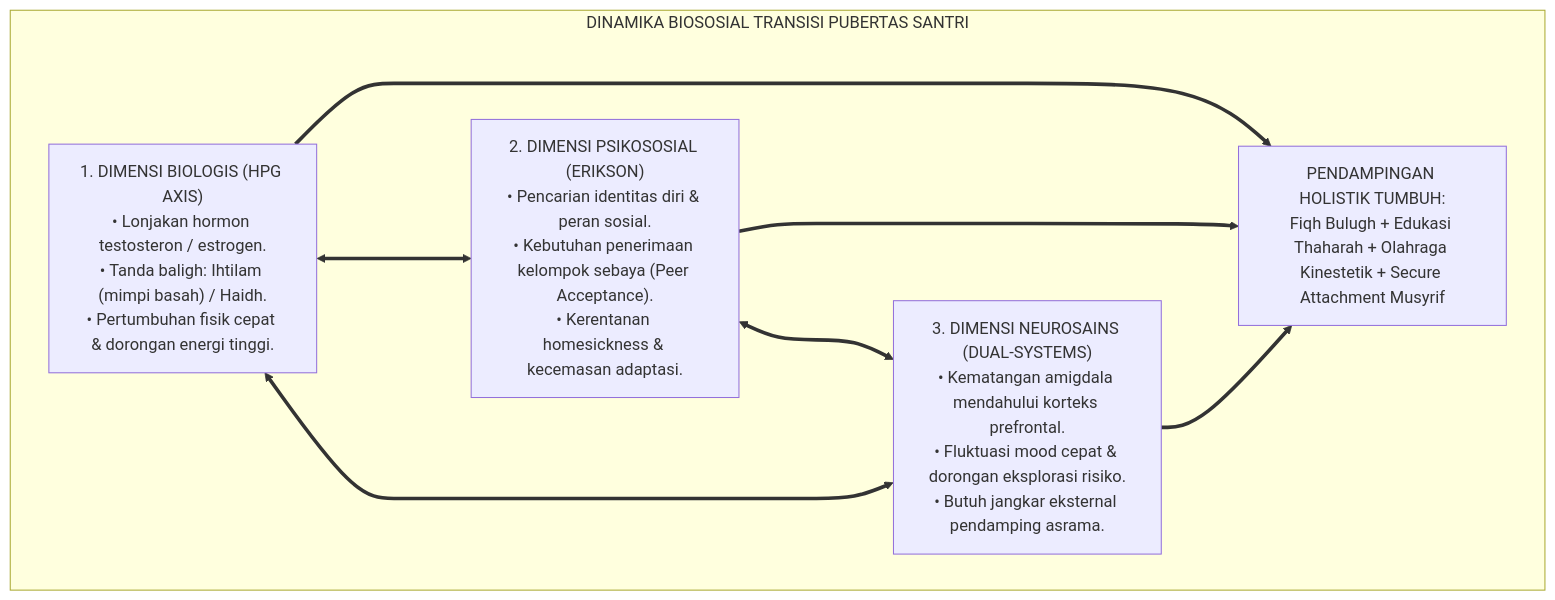
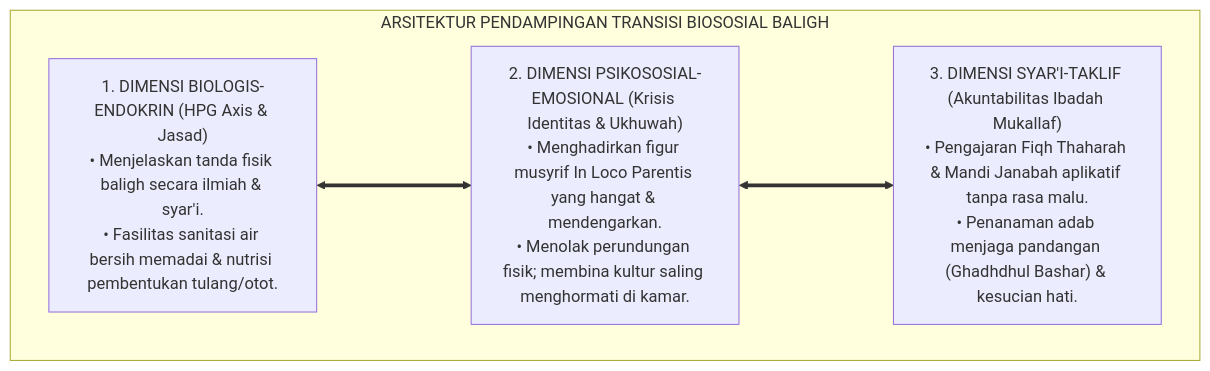
One commit to wandiapriliyandi/tumbuh changed the second of 5 diagrams in 01 Philosophy/03 Human Development/P1-03-05-Krisis-Biososial-dan-Transisi-Pubertas-Santri.md. Above: the diagram before and after it, drawn with Mermaid. The commit also changed other lines of this file and 7 other files, not shown here.

````diff
--- a/01 Philosophy/03 Human Development/P1-03-05-Krisis-Biososial-dan-Transisi-Pubertas-Santri.md
+++ b/01 Philosophy/03 Human Development/P1-03-05-Krisis-Biososial-dan-Transisi-Pubertas-Santri.md
@@ -56,18 +113,13 @@
 ```mermaid
 flowchart TD
-    subgraph DinamikaBiososialPubertasSantri["DINAMIKA BIOSOSIAL TRANSISI PUBERTAS SANTRI"]
-        Bio["1. DIMENSI BIOLOGIS (HPG AXIS)<br/>• Lonjakan hormon testosteron / estrogen.<br/>• Tanda baligh: Ihtilam (mimpi basah) / Haidh.<br/>• Pertumbuhan fisik cepat & dorongan energi tinggi."]
+    subgraph ArsitekturPendampinganBalighTUMBUH["ARSITEKTUR PENDAMPINGAN TRANSISI BIOSOSIAL BALIGH"]
         
-        Psiko["2. DIMENSI PSIKOSOSIAL (ERIKSON)<br/>• Pencarian identitas diri & peran sosial.<br/>• Kebutuhan penerimaan kelompok sebaya (Peer Acceptance).<br/>• Kerentanan homesickness & kecemasan adaptasi."]
+        B1["1. DIMENSI BIOLOGIS-ENDOKRIN (HPG Axis & Jasad)<br/>• Menjelaskan tanda fisik baligh secara ilmiah & syar'i.<br/>• Fasilitas sanitasi air bersih memadai & nutrisi pembentukan tulang/otot."]
         
-        Neuro["3. DIMENSI NEUROSAINS (DUAL-SYSTEMS)<br/>• Kematangan amigdala mendahului korteks prefrontal.<br/>• Fluktuasi mood cepat & dorongan eksplorasi risiko.<br/>• Butuh jangkar eksternal pendamping asrama."]
+        B2["2. DIMENSI PSIKOSOSIAL-EMOSIONAL (Krisis Identitas & Ukhuwah)<br/>• Menghadirkan figur musyrif In Loco Parentis yang hangat & mendengarkan.<br/>• Menolak perundungan fisik; membina kultur saling menghormati di kamar."]
         
-        Bio <===> Psiko
-        Psiko <===> Neuro
-        Neuro <===> Bio
+        B3["3. DIMENSI SYAR'I-TAKLIF (Akuntabilitas Ibadah Mukallaf)<br/>• Pengajaran Fiqh Thaharah & Mandi Janabah aplikatif tanpa rasa malu.<br/>• Penanaman adab menjaga pandangan (Ghadhdhul Bashar) & kesucian hati."]
         
-        TUMBUH_Response["PENDAMPINGAN HOLISTIK TUMBUH:<br/>Fiqh Bulugh + Edukasi Thaharah + Olahraga Kinestetik + Secure Attachment Musyrif"]
-        
-        Bio & Psiko & Neuro ==> TUMBUH_Response
+        B1 <===> B2 <===> B3
     end
 ```
````
